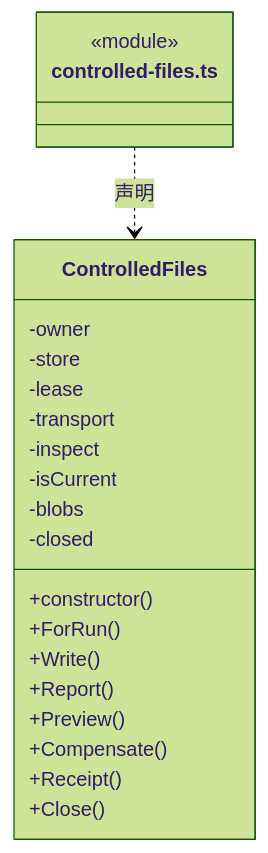
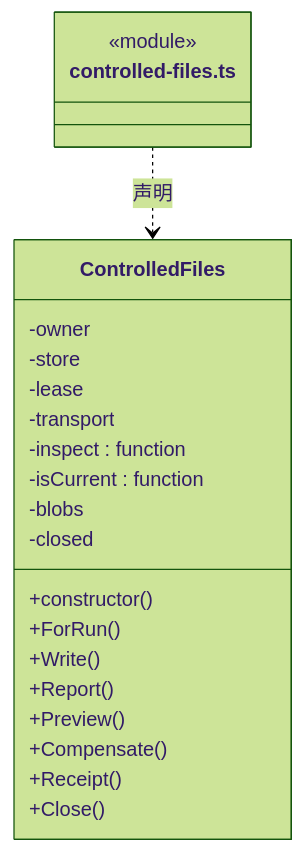
One commit to nan023062/cbim changed the second of 5 diagrams in src/logic/file-operations/service/ARCHITECTURE.md. Above: the diagram before and after it, drawn with Mermaid (forest theme). The commit also changed other lines of this file and 137 other files, not shown here.

Commit message:
fix: align architecture generator with documentation standards

````diff
--- a/src/logic/file-operations/service/ARCHITECTURE.md
+++ b/src/logic/file-operations/service/ARCHITECTURE.md
@@ -74,25 +78,25 @@
 ```mermaid
 classDiagram
 class N_src_logic_file_operations_service_controlled_files_ts["controlled-files.ts"] {
   <<module>>
 }
 class N_src_logic_file_operations_service_controlled_files_ts_ControlledFiles["ControlledFiles"] {
   +constructor()
   +ForRun()
   +Write()
   +Report()
   +Preview()
   +Compensate()
   +Receipt()
   +Close()
   -owner
   -store
   -lease
   -transport
-  -inspect
-  -isCurrent
+  -inspect : function
+  -isCurrent : function
   -blobs
   -closed
 }
 N_src_logic_file_operations_service_controlled_files_ts ..> N_src_logic_file_operations_service_controlled_files_ts_ControlledFiles : 声明
 ```
````
